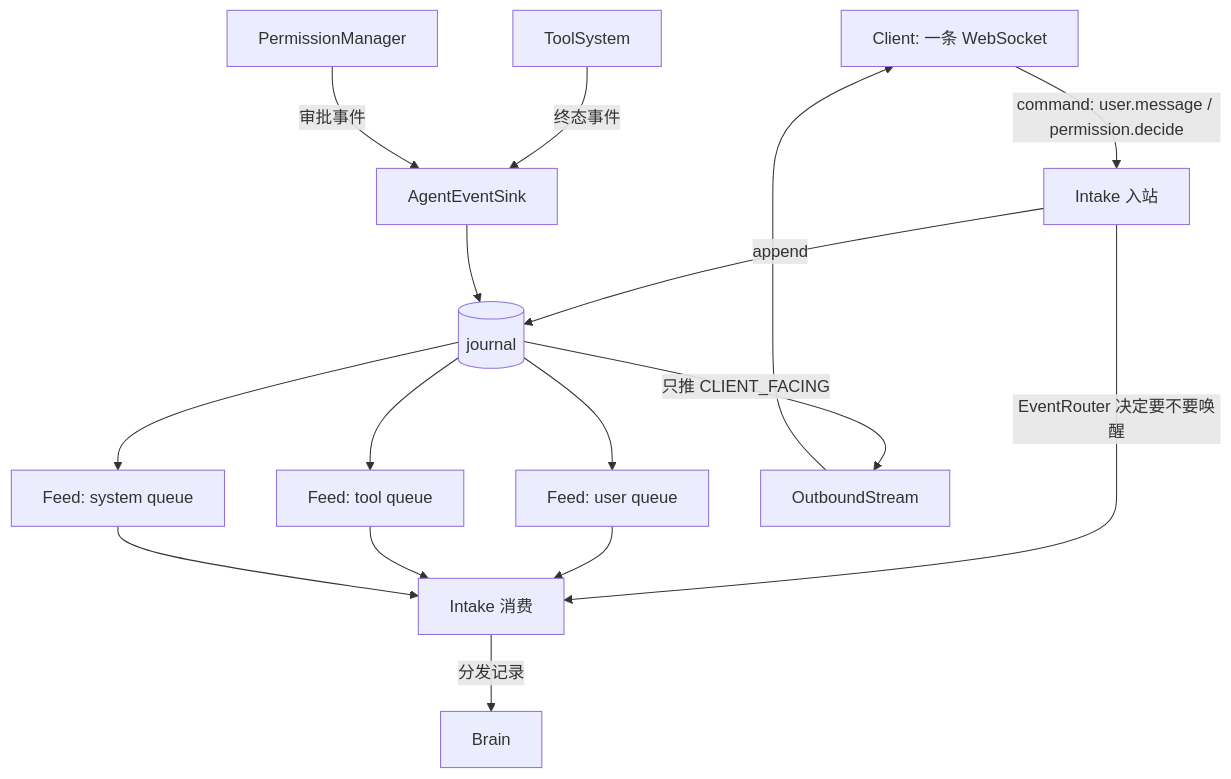
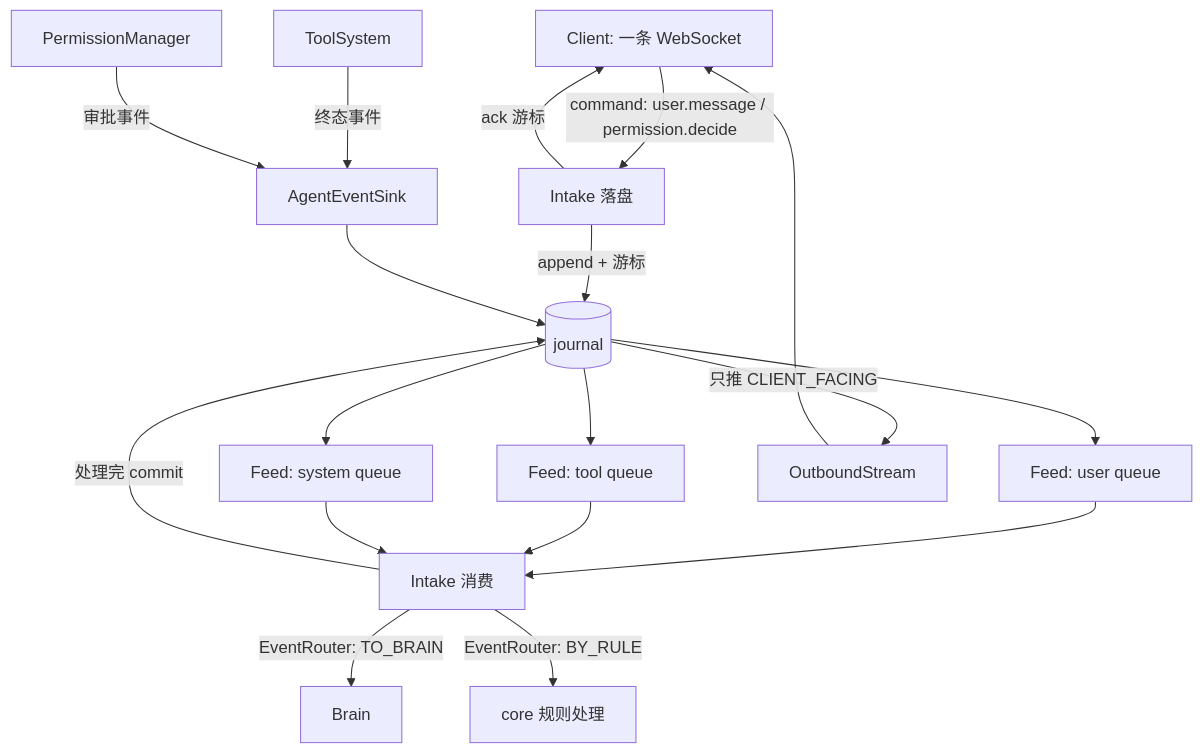
One commit to HymioSpace/Oath changed the diagram in spec/feature-event-runtime.md. Above: the diagram before and after it, drawn with Mermaid. The commit also changed other lines of this file and 5 other files, not shown here.

````diff
--- a/spec/feature-event-runtime.md
+++ b/spec/feature-event-runtime.md
@@ -26,19 +26,21 @@
 ```mermaid
 flowchart TD
-    C[Client: 一条 WebSocket] -->|command: user.message / permission.decide| I[Intake 入站]
-    I -->|append| J[(journal)]
-    I -->|EventRouter 决定要不要唤醒| QC[Intake 消费]
-    QC -->|分发记录| BR[Brain]
+    C[Client: 一条 WebSocket] -->|command: user.message / permission.decide| I[Intake 落盘]
+    I -->|append + 游标| J[(journal)]
+    I -->|ack 游标| C
 
     TS[ToolSystem] -->|终态事件| S[AgentEventSink]
     PM[PermissionManager] -->|审批事件| S
     S --> J
 
     J --> F1[Feed: user queue]
     J --> F2[Feed: tool queue]
     J --> F3[Feed: system queue]
-    F1 & F2 & F3 --> QC
+    F1 & F2 & F3 --> QC[Intake 消费]
+    QC -->|EventRouter: TO_BRAIN| BR[Brain]
+    QC -->|EventRouter: BY_RULE| R[core 规则处理]
+    QC -->|处理完 commit| J
 
     J -->|只推 CLIENT_FACING| OS[OutboundStream]
     OS --> C
 ```
````
